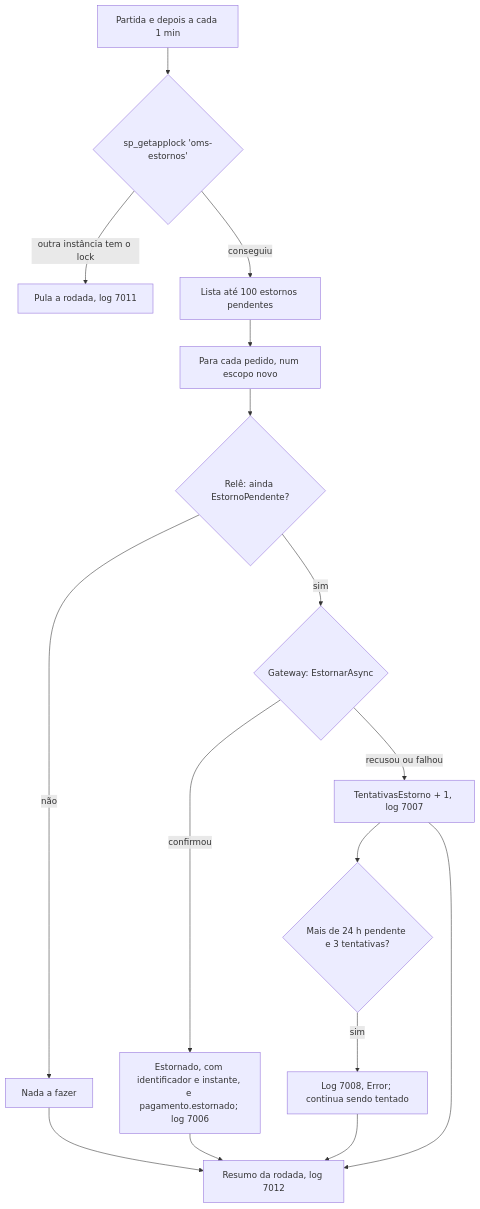
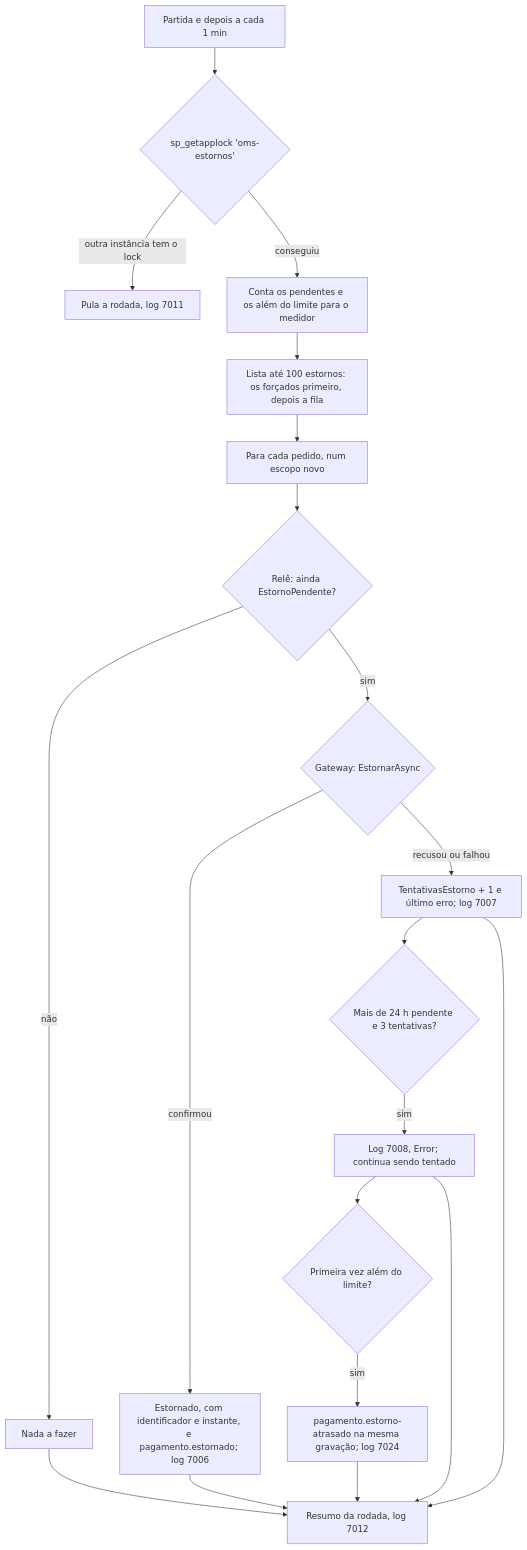
The second of 2 diagrams in docs/fluxos/10-estorno.md (LucasFrenhan/Order-Management-System), drawn with Mermaid before and after one commit. The commit also changed other lines of this file and 15 other files, not shown here.

First line of the commit message:
docs(estornos): documenta as acoes sobre estornos e o medidor de pendentes [REQ-28]

````diff
--- a/docs/fluxos/10-estorno.md
+++ b/docs/fluxos/10-estorno.md
@@ -44,15 +58,18 @@
 ```mermaid
 flowchart TD
     A[Partida e depois a cada 1 min] --> B{sp_getapplock 'oms-estornos'}
     B -- outra instância tem o lock --> Z[Pula a rodada, log 7011]
-    B -- conseguiu --> C[Lista até 100 estornos pendentes]
+    B -- conseguiu --> M[Conta os pendentes e os além do limite para o medidor]
+    M --> C[Lista até 100 estornos: os forçados primeiro, depois a fila]
     C --> D[Para cada pedido, num escopo novo]
     D --> E{Relê: ainda EstornoPendente?}
     E -- não --> G[Nada a fazer]
     E -- sim --> F{Gateway: EstornarAsync}
     F -- confirmou --> H[Estornado, com identificador e instante, e pagamento.estornado; log 7006]
-    F -- recusou ou falhou --> I[TentativasEstorno + 1, log 7007]
+    F -- recusou ou falhou --> I[TentativasEstorno + 1 e último erro; log 7007]
     I --> J{Mais de 24 h pendente e 3 tentativas?}
     J -- sim --> K[Log 7008, Error; continua sendo tentado]
-    H & G & I & K --> L[Resumo da rodada, log 7012]
+    K --> N{Primeira vez além do limite?}
+    N -- sim --> O[pagamento.estorno-atrasado na mesma gravação; log 7024]
+    H & G & I & K & O --> L[Resumo da rodada, log 7012]
 ```
````
